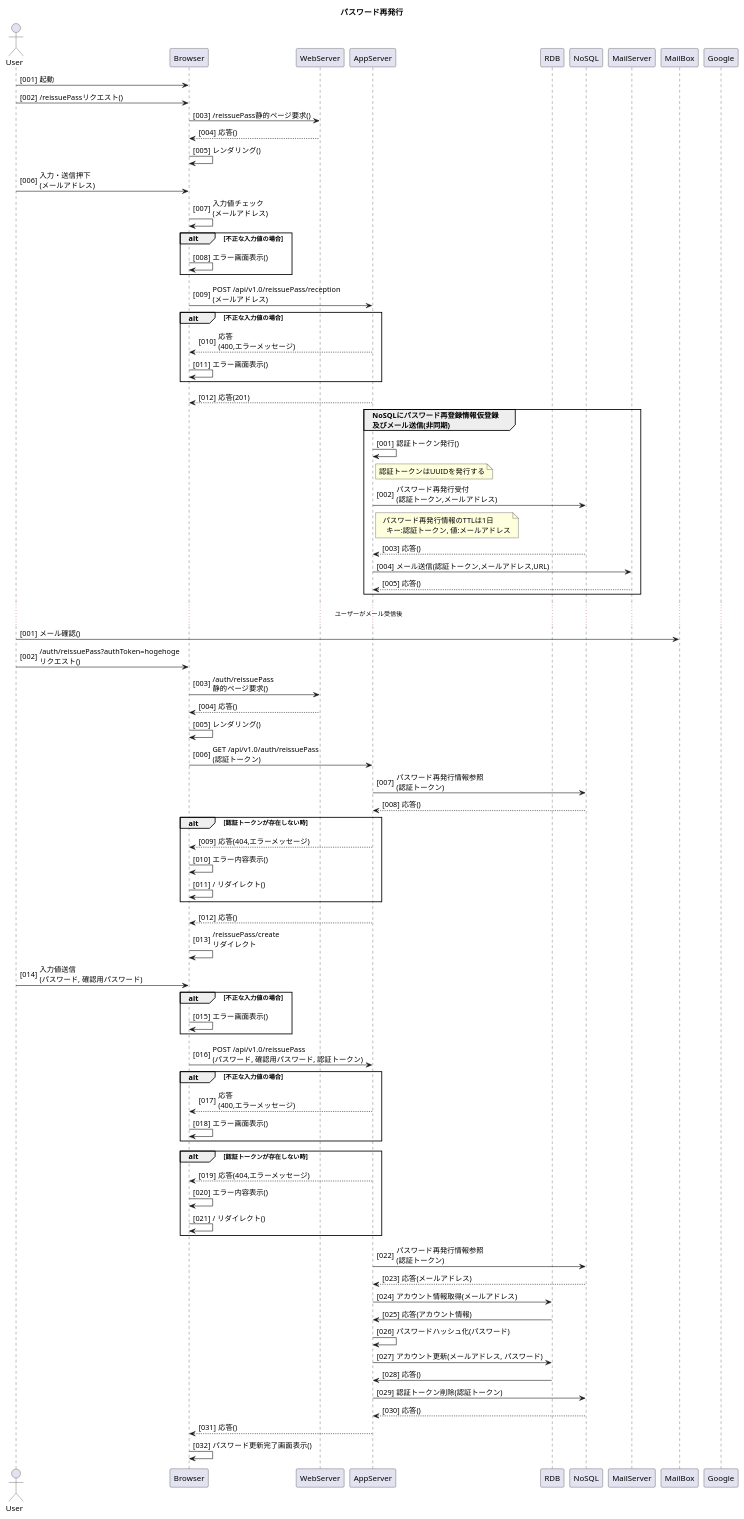
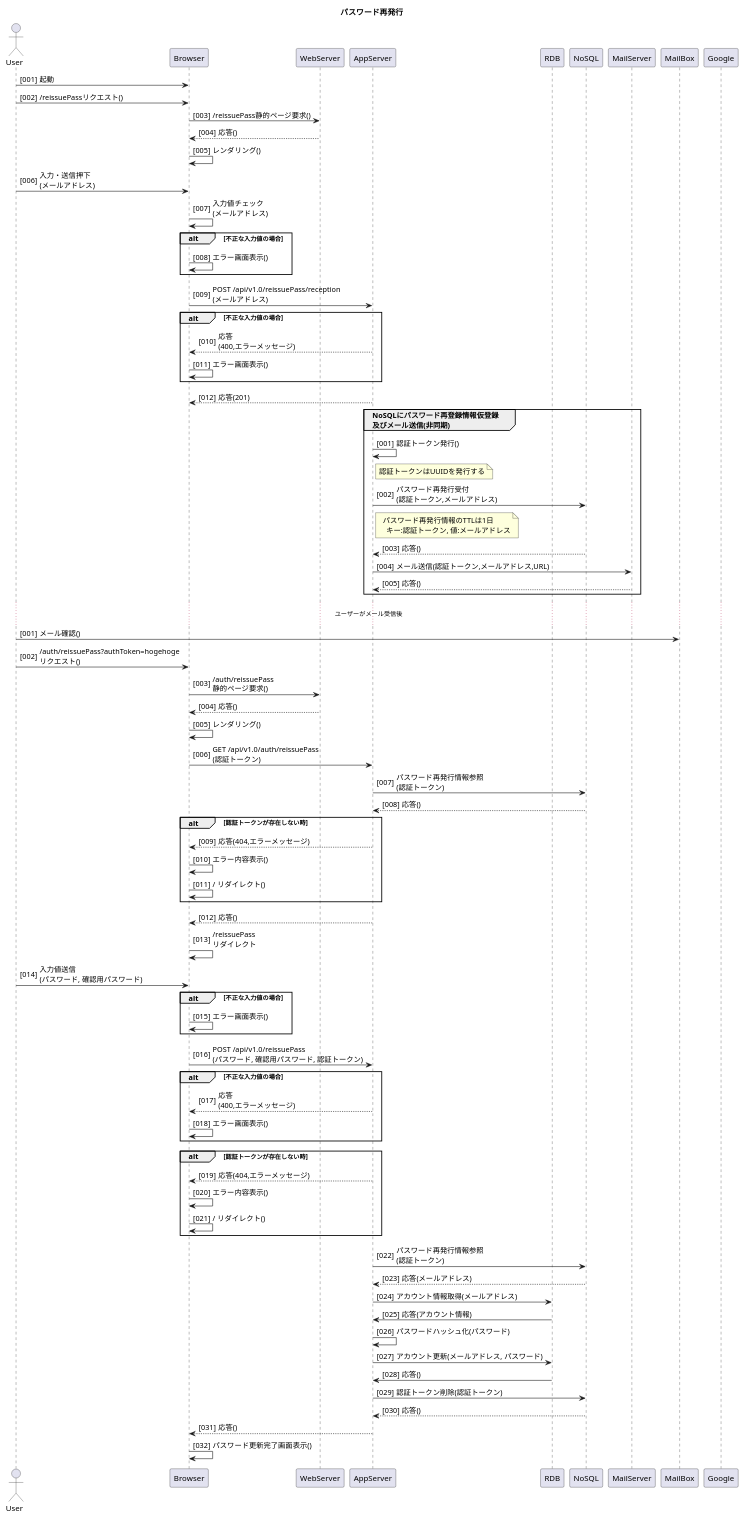
One commit to TAKAHIRO-03/GoodHabits_doc changed the diagram in 03_BD/sequence/reissuePass.pu. Above: the diagram before and after it, drawn with PlantUML. The commit also changed 2 other files, not shown here.

```diff
--- a/03_BD/sequence/reissuePass.pu
+++ b/03_BD/sequence/reissuePass.pu
@@ -1,97 +1,97 @@
 @startuml パスワード再発行
 title パスワード再発行
 actor User
 participant Browser
 participant WebServer
 participant AppServer
 participant RDB
 participant NoSQL
 participant MailServer
 participant MailBox
 participant Google
 !pragma teoz true
 
 autonumber "[000]"
 
 User -> Browser: 起動
 User -> Browser: /reissuePassリクエスト()
 Browser -> WebServer: /reissuePass静的ページ要求()
 WebServer --> Browser: 応答()
 Browser -> Browser: レンダリング()
 
 User -> Browser: 入力・送信押下\n(メールアドレス)
 Browser -> Browser: 入力値チェック\n(メールアドレス)
 alt 不正な入力値の場合
   Browser -> Browser: エラー画面表示()
 end
 Browser -> AppServer: POST /api/v1.0/reissuePass/reception\n(メールアドレス)
 alt 不正な入力値の場合
   AppServer --> Browser: 応答\n(400,エラーメッセージ)
   Browser -> Browser: エラー画面表示()
 end
 
 AppServer --> Browser: 応答(201)
 
 group NoSQLにパスワード再登録情報仮登録\n及びメール送信(非同期)
   autonumber "[000]"
   AppServer -> AppServer: 認証トークン発行()
   note right of AppServer
     認証トークンはUUIDを発行する
   end note
   AppServer -> NoSQL: パスワード再発行受付\n(認証トークン,メールアドレス)
   note right of AppServer
     パスワード再発行情報のTTLは1日
   　キー:認証トークン, 値:メールアドレス
   end note
   NoSQL --> AppServer: 応答()
   AppServer -> MailServer: メール送信(認証トークン,メールアドレス,URL)
   MailServer --> AppServer: 応答()
 end
 
 …ユーザーがメール受信後…
 autonumber "[000]"
 
 User -> MailBox: メール確認()
 User -> Browser: /auth/reissuePass?authToken=hogehoge\nリクエスト()
 Browser -> WebServer: /auth/reissuePass\n静的ページ要求()
 WebServer --> Browser: 応答()
 Browser -> Browser: レンダリング()
 Browser -> AppServer: GET /api/v1.0/auth/reissuePass\n(認証トークン)
 AppServer -> NoSQL: パスワード再発行情報参照\n(認証トークン)
 NoSQL --> AppServer: 応答()
 alt 認証トークンが存在しない時
   AppServer --> Browser: 応答(404,エラーメッセージ)
   Browser -> Browser: エラー内容表示()
   Browser -> Browser: / リダイレクト()
 end
 
 AppServer --> Browser: 応答()
-Browser -> Browser: /reissuePass/create\nリダイレクト
+Browser -> Browser: /reissuePass\nリダイレクト
 
 User -> Browser: 入力値送信\n(パスワード, 確認用パスワード)
 alt 不正な入力値の場合
   Browser -> Browser: エラー画面表示()
 end
 Browser -> AppServer: POST /api/v1.0/reissuePass\n(パスワード, 確認用パスワード, 認証トークン)
 alt 不正な入力値の場合
   AppServer --> Browser: 応答\n(400,エラーメッセージ)
   Browser -> Browser: エラー画面表示()
 end
 alt 認証トークンが存在しない時
   AppServer --> Browser: 応答(404,エラーメッセージ)
   Browser -> Browser: エラー内容表示()
   Browser -> Browser: / リダイレクト()
 end
 AppServer -> NoSQL: パスワード再発行情報参照\n(認証トークン)
 NoSQL --> AppServer: 応答(メールアドレス)
 AppServer -> RDB: アカウント情報取得(メールアドレス)
 RDB -> AppServer: 応答(アカウント情報)
 AppServer -> AppServer: パスワードハッシュ化(パスワード)
 AppServer -> RDB: アカウント更新(メールアドレス, パスワード)
 RDB -> AppServer: 応答()
 AppServer -> NoSQL: 認証トークン削除(認証トークン)
 NoSQL --> AppServer: 応答()
 AppServer --> Browser: 応答()
 Browser -> Browser: パスワード更新完了画面表示()
 
 @enduml
```
